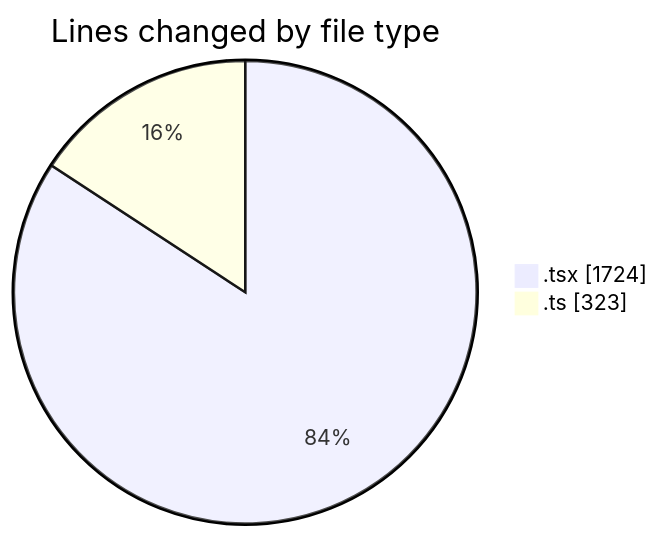
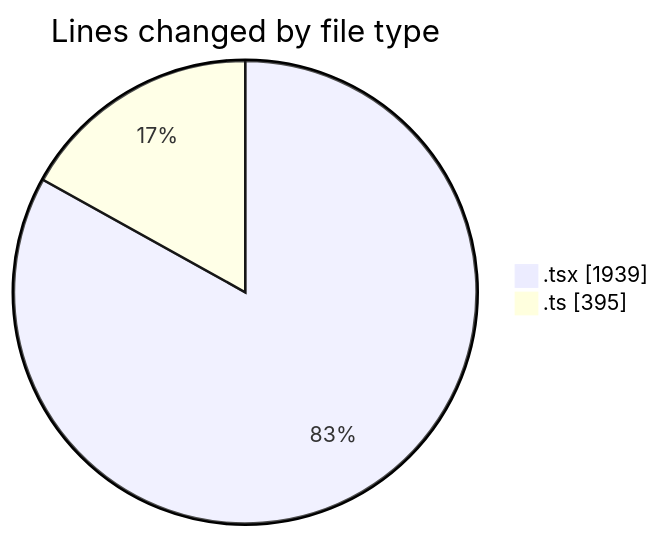
The first of 2 diagrams in 2025-11-22/eventscop-frontend-guide__workspace_/README.md (julien-gomy/code-tracking), drawn with Mermaid before and after one commit. The commit also changed other lines of this file and 1 other file, not shown here.

````diff
--- a/2025-11-22/eventscop-frontend-guide__workspace_/README.md
+++ b/2025-11-22/eventscop-frontend-guide__workspace_/README.md
@@ -33,6 +39,6 @@
 ```mermaid
 pie showData
 title Lines changed by file type
-".tsx" : 1724
-".ts" : 323
+".tsx" : 1939
+".ts" : 395
 ```
````
